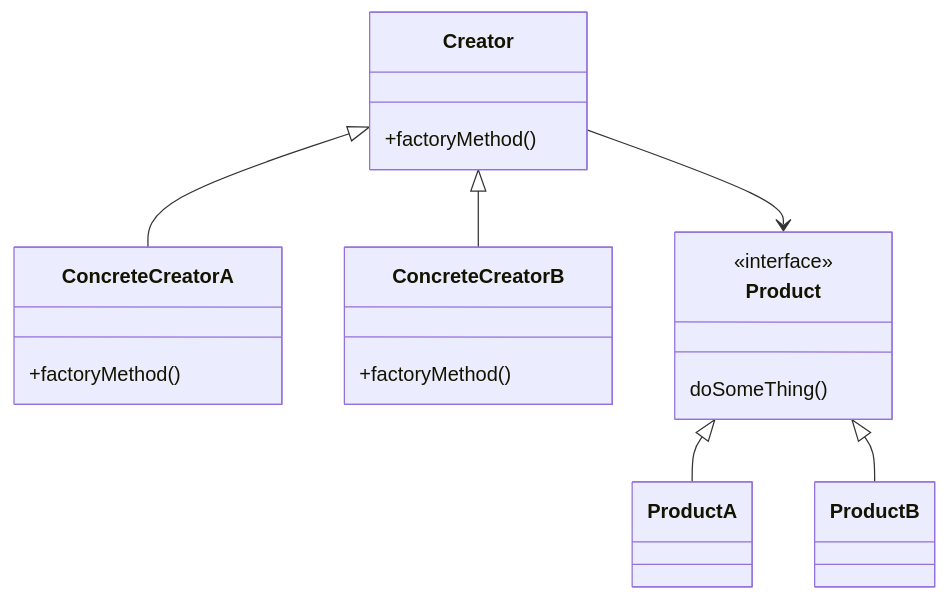
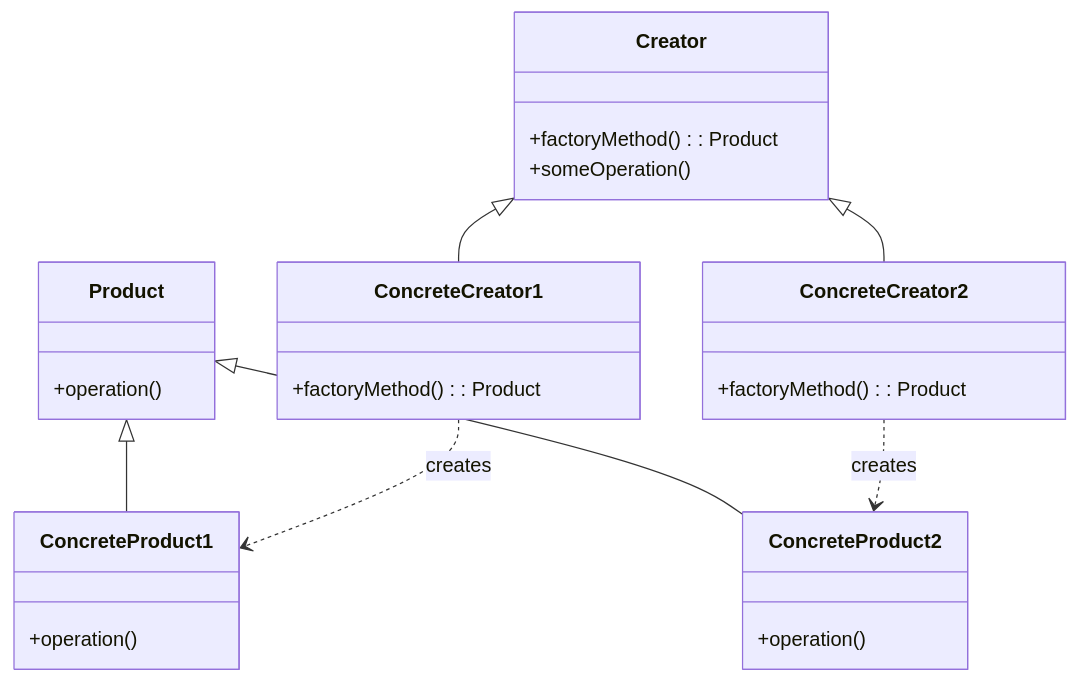
Before and after one commit to nguyenphuc22/Design-Patterns: the third of 3 diagrams in Writerside/topics/Factory-Method.md, drawn with Mermaid. The commit also changed other lines of this file and 1 other file, not shown here.

Commit message:
Update Factory-Method.md with revised implementation

````diff
--- a/Writerside/topics/Factory-Method.md
+++ b/Writerside/topics/Factory-Method.md
@@ -156,36 +153,29 @@
 ```mermaid
 classDiagram
+    class Product {
+        +operation()
+    }
+    class ConcreteProduct1 {
+        +operation()
+    }
+    class ConcreteProduct2 {
+        +operation()
+    }
     class Creator {
-        +factoryMethod()
+        +factoryMethod() : Product
+        +someOperation()
+    }
+    class ConcreteCreator1 {
+        +factoryMethod() : Product
+    }
+    class ConcreteCreator2 {
+        +factoryMethod() : Product
     }
 
-    class ConcreteCreatorA {
-        +factoryMethod()
-    }
-
-    class ConcreteCreatorB {
-        +factoryMethod()
-    }
-
-    class Product {
-        <<interface>>
-        doSomeThing()
-    }
-    
-    class ProductA {
-        
-    }
-    
-    class ProductB {
-    
-    }
-    
-    Product <|-- ProductA
-    Product <|-- ProductB
-    
-    Creator <|-- ConcreteCreatorA
-    Creator <|-- ConcreteCreatorB
-    
-    Creator --> Product
-    
+    Creator <|-- ConcreteCreator1
+    Creator <|-- ConcreteCreator2
+    Product <|-- ConcreteProduct1
+    Product <|-- ConcreteProduct2
+    ConcreteCreator1 ..> ConcreteProduct1 : creates
+    ConcreteCreator2 ..> ConcreteProduct2 : creates
 ```
````
